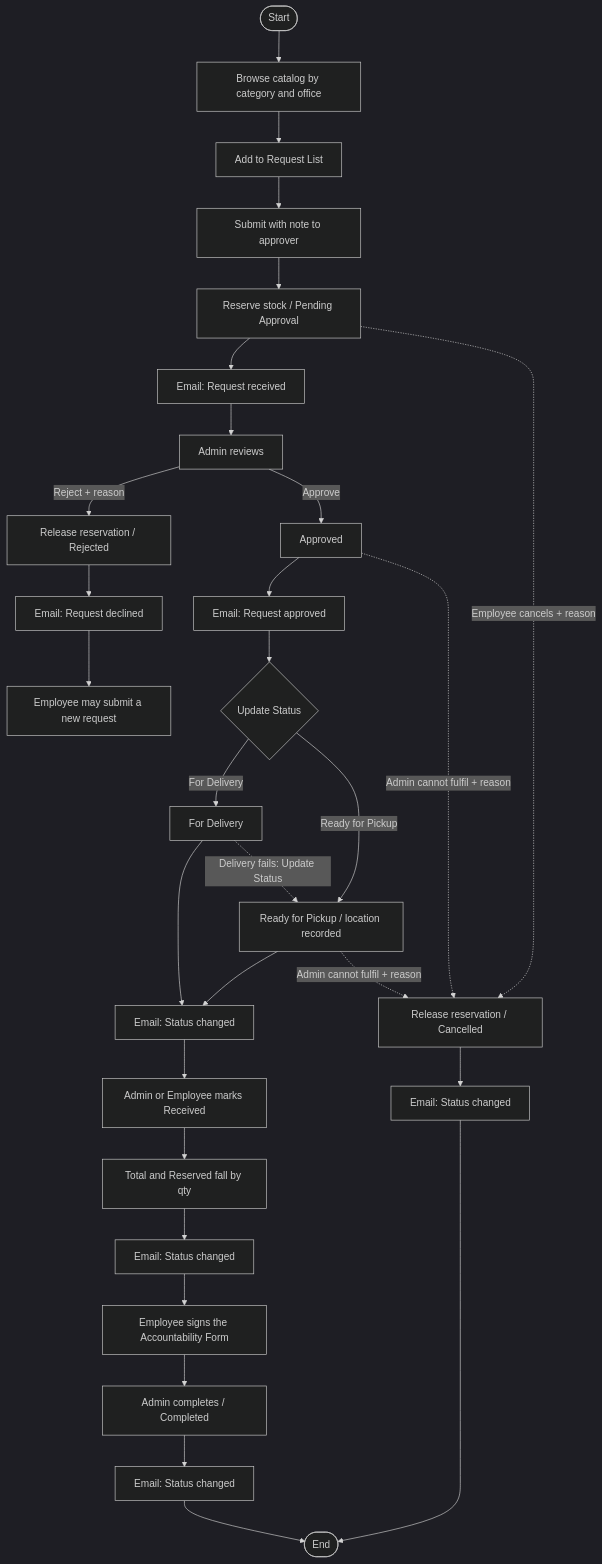
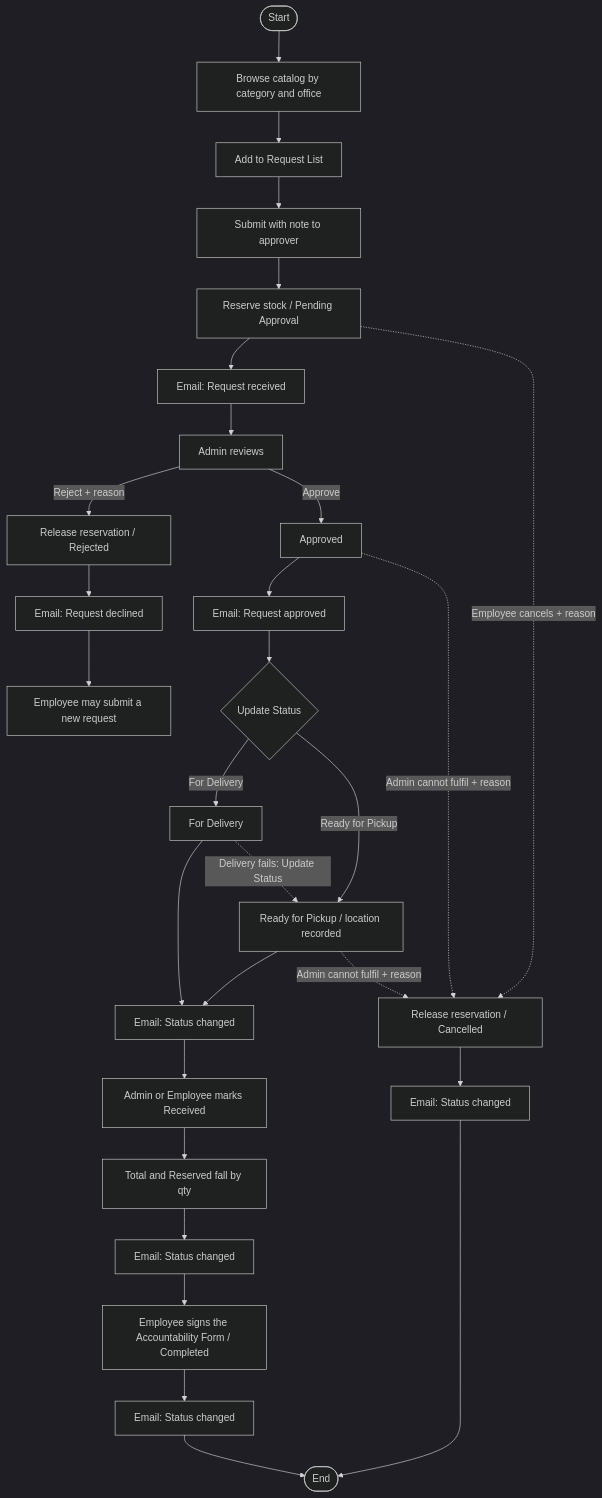
Before and after one commit to CoDev-Bench-Team/CoDev-OSRS: the diagram in docs/process-flow.md, drawn with Mermaid (dark theme). The commit also changed other lines of this file and 14 other files, not shown here.

First line of the commit message:
docs(constitution): 10.0.0, signing the Accountability Form completes the request

````diff
--- a/docs/process-flow.md
+++ b/docs/process-flow.md
@@ -282,33 +282,32 @@
 ```mermaid
 flowchart TD
   start([Start]) --> browse[Browse catalog by category and office]
   browse --> list[Add to Request List]
   list --> submit[Submit with note to approver]
   submit --> reserve[Reserve stock / Pending Approval]
   reserve --> mail1[Email: Request received]
   mail1 --> review[Admin reviews]
   review -->|Reject + reason| rel1[Release reservation / Rejected]
   rel1 --> mailR[Email: Request declined]
   mailR --> newReq[Employee may submit a new request]
   review -->|Approve| approve[Approved]
   approve --> mailA[Email: Request approved]
   mailA --> handover{Update Status}
   handover -->|For Delivery| fd[For Delivery]
   handover -->|Ready for Pickup| fp[Ready for Pickup / location recorded]
   fd --> mailS1[Email: Status changed]
   fp --> mailS1
   mailS1 --> received[Admin or Employee marks Received]
   received --> consume[Total and Reserved fall by qty]
   consume --> mailRc[Email: Status changed]
-  mailRc --> sign[Employee signs the Accountability Form]
-  sign --> complete[Admin completes / Completed]
+  mailRc --> complete[Employee signs the Accountability Form / Completed]
   complete --> mailC[Email: Status changed]
   mailC --> endNode([End])
 
   reserve -.->|Employee cancels + reason| canc[Release reservation / Cancelled]
   approve -.->|Admin cannot fulfil + reason| canc
   fd -.->|Delivery fails: Update Status| fp
   fp -.->|Admin cannot fulfil + reason| canc
   canc --> mailX[Email: Status changed]
   mailX --> endNode
 ```
````
